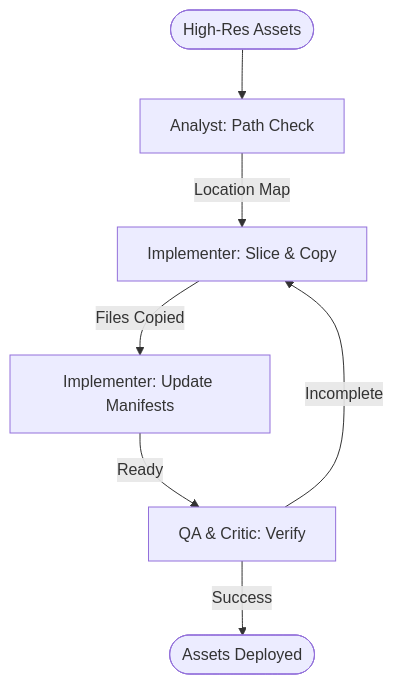
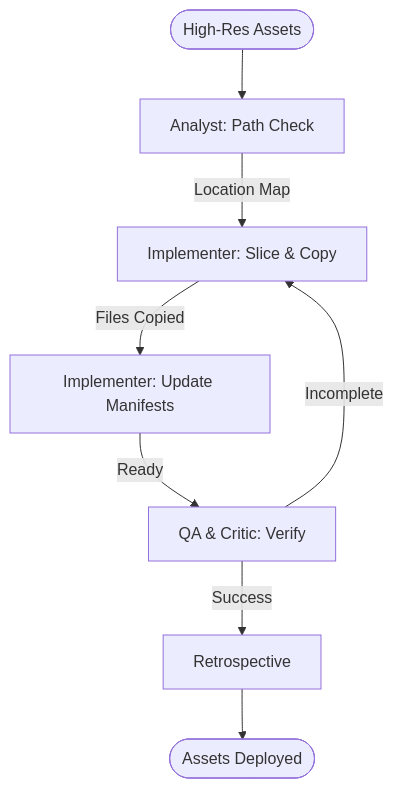
Before and after one commit to seanspiesman/Agents-and-Workflows: the diagram in custom-agents/workflows/mobile/AssetPipeline.workflow.md, drawn with Mermaid. The commit also changed other lines of this file and 38 other files, not shown here.

````diff
--- a/custom-agents/workflows/mobile/AssetPipeline.workflow.md
+++ b/custom-agents/workflows/mobile/AssetPipeline.workflow.md
@@ -55,9 +63,10 @@
 ```mermaid
 flowchart TD
     Start([High-Res Assets]) --> P1[Analyst: Path Check]
     P1 -->|Location Map| P2[Implementer: Slice & Copy]
     P2 -->|Files Copied| P3[Implementer: Update Manifests]
     P3 -->|Ready| P4[QA & Critic: Verify]
     P4 -->|Incomplete| P2
-    P4 -->|Success| End([Assets Deployed])
+    P4 -->|Success| P5[Retrospective]
+    P5 --> End([Assets Deployed])
 ```
````
